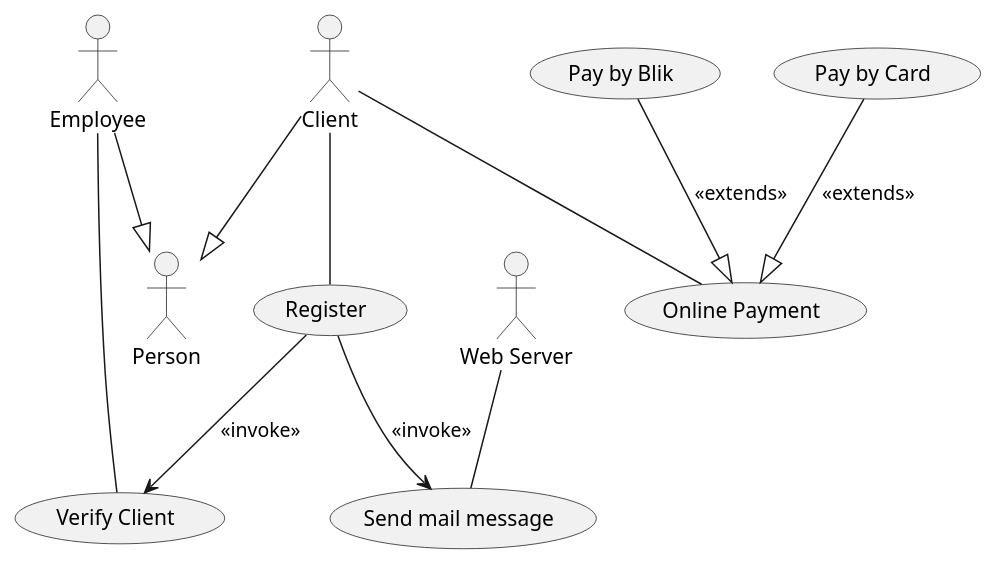
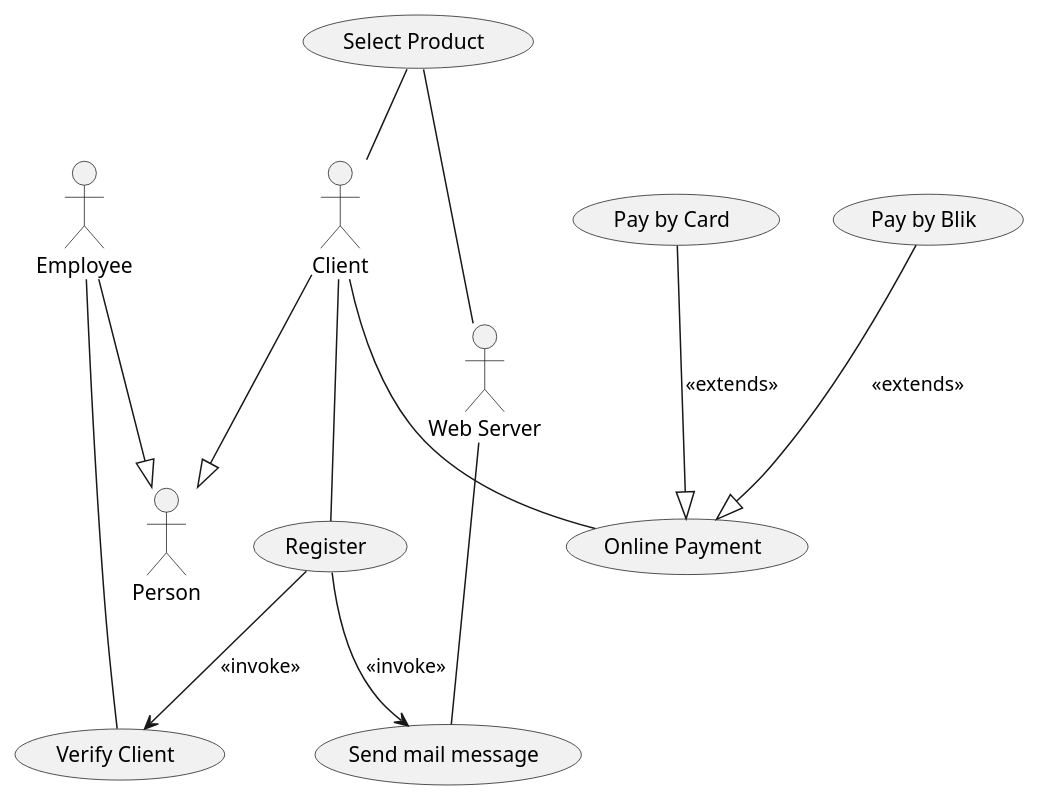
One commit to kpodlaski/ModelowanieUML_2022 changed the diagram in GR2/z1.usecase_diagram.plantuml. Above: the diagram before and after it, drawn with PlantUML. The commit also changed 1 other file, not shown here.

```diff
--- a/GR2/z1.usecase_diagram.plantuml
+++ b/GR2/z1.usecase_diagram.plantuml
@@ -1,31 +1,34 @@
 @startuml
 
 actor Client
 actor Employee
 actor "Web Server" as Srv
 actor Person
 
 Employee --|> Person
 Client --|> Person
 
 
 usecase Register
 'Clients have to be verified
 usecase "Verify Client" as Verify
 usecase "Send mail message" as mail
 usecase "Online Payment" as pay
 usecase "Pay by Blik" as blik
 usecase "Pay by Card" as Card
+usecase "Select Product" 
 
 Client -- Register
 Employee -- Verify
 Srv -- mail
 Client -- pay
 
 Register --> Verify : <<invoke>>
 Register --> mail : <<invoke>>
 
 blik --|> pay : <<extends>>
 Card --|> pay : <<extends>>
+(Select Product) -- Client
+(Select Product) -- Srv
 
 @enduml
```
